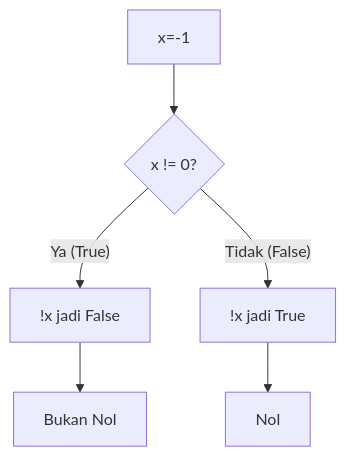
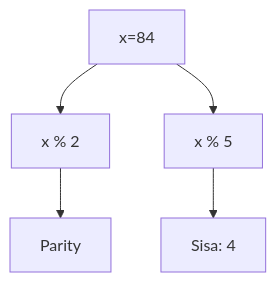
The first of 25 diagrams in part-c-pemahaman-cpp/02-percabangan/latihan/set-09.md (amnahwaida/OSNK_INF_PREP), drawn with Mermaid before and after one commit. The commit also changed other lines of this file and 71 other files, not shown here.

````diff
--- a/part-c-pemahaman-cpp/02-percabangan/latihan/set-09.md
+++ b/part-c-pemahaman-cpp/02-percabangan/latihan/set-09.md
@@ -24,8 +23,7 @@
 ```mermaid
 graph TD
-    A[x=-1] --> B{x != 0?}
-    B -- Ya (True) --> C["!x jadi False"]
-    B -- Tidak (False) --> D["!x jadi True"]
-    C --> E[Bukan Nol]
-    D --> F[Nol]
+A[x=84] --> B[x % 2]
+B --> C[Parity]
+A --> D[x % 5]
+D --> E[Sisa: 4]
 ```
````
